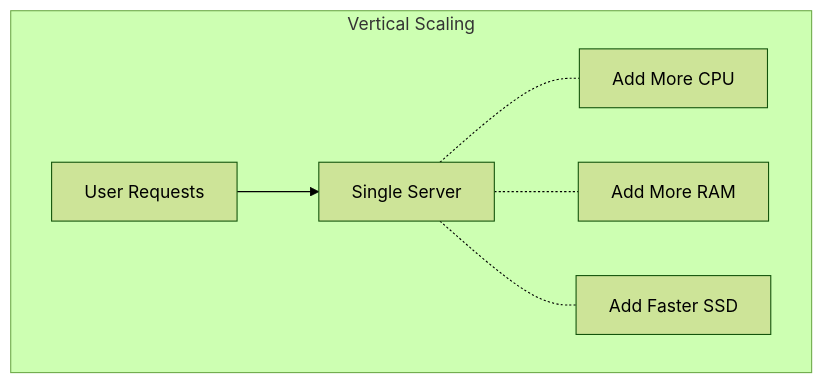
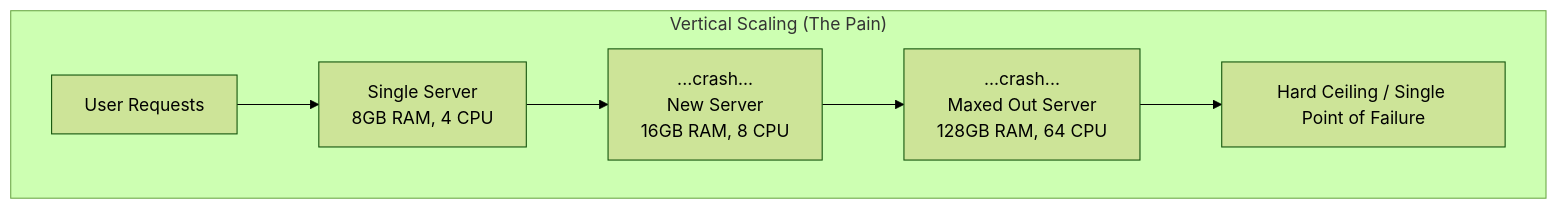
One commit to Param-Harrison/ebook-writer changed diagram 18 of 50 in books/know-the-why.md. Above: the diagram before and after it, drawn with Mermaid (forest theme). The commit also changed other lines of this file and 56 other files, not shown here.

````diff
--- a/books/know-the-why.md
+++ b/books/know-the-why.md
@@ -4483,15 +1126,12 @@
 ```mermaid
 graph TB
-    subgraph Vertical_Scaling["Vertical Scaling"]
+    subgraph Vertical_Scaling["Vertical Scaling (The Pain)"]
         User[User Requests]
-        V1[Single Server]
-        CPU[Add More CPU]
-        RAM[Add More RAM]
-        SSD[Add Faster SSD]
-
+        V1[Single Server<br/>8GB RAM, 4 CPU]
         User --> V1
-        V1 -.- CPU
-        V1 -.- RAM
-        V1 -.- SSD
+        
+        V1 --> V2[...crash...<br/>New Server<br/>16GB RAM, 8 CPU]
+        V2 --> V3[...crash...<br/>Maxed Out Server<br/>128GB RAM, 64 CPU]
+        V3 --> Ceiling[Hard Ceiling / Single Point of Failure]
     end
 ```
````
